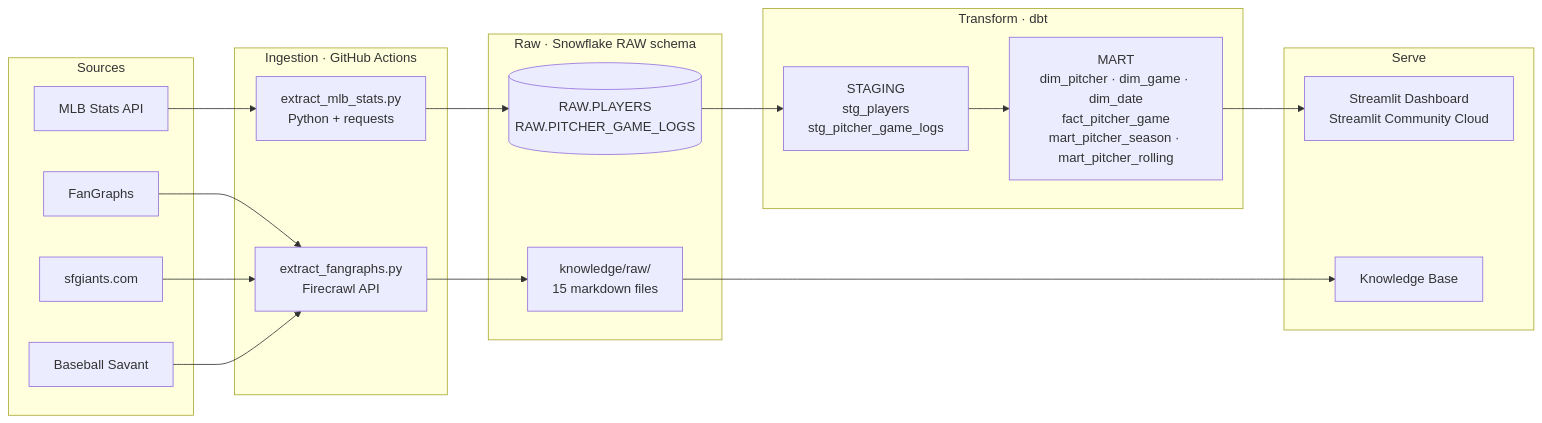
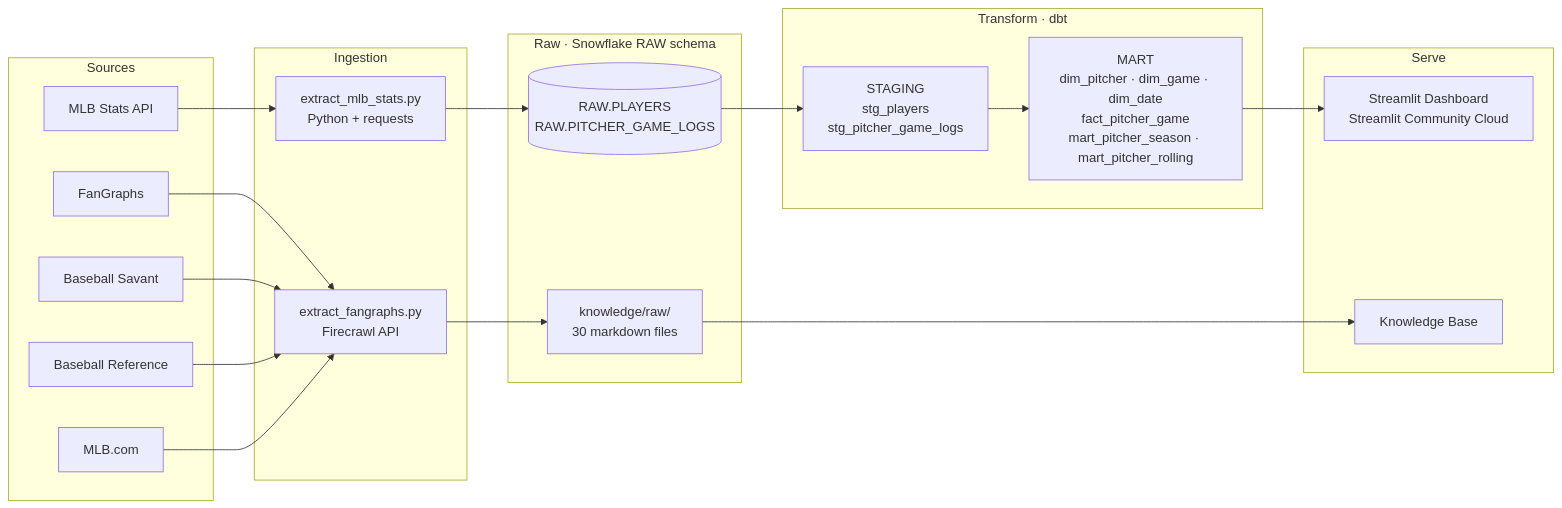
Before and after one commit to emmasprankle/sf-giants-data-analyst: the first of 2 diagrams in README.md, drawn with Mermaid. The commit also changed other lines of this file, not shown here.

````diff
--- a/README.md
+++ b/README.md
@@ -29,38 +28,39 @@
 ```mermaid
 flowchart LR
     subgraph Sources["Sources"]
         A["MLB Stats API"]
         B["FanGraphs"]
-        C["sfgiants.com"]
-        D["Baseball Savant"]
+        C["Baseball Savant"]
+        D["Baseball Reference"]
+        BB["MLB.com"]
     end
 
-    subgraph Ingest["Ingestion · GitHub Actions"]
+    subgraph Ingest["Ingestion"]
         E["extract_mlb_stats.py\nPython + requests"]
         F["extract_fangraphs.py\nFirecrawl API"]
     end
 
     subgraph Raw["Raw · Snowflake RAW schema"]
         G[("RAW.PLAYERS\nRAW.PITCHER_GAME_LOGS")]
-        H["knowledge/raw/\n15 markdown files"]
+        H["knowledge/raw/\n30 markdown files"]
     end
 
     subgraph Transform["Transform · dbt"]
         I["STAGING\nstg_players\nstg_pitcher_game_logs"]
         J["MART\ndim_pitcher · dim_game · dim_date\nfact_pitcher_game\nmart_pitcher_season · mart_pitcher_rolling"]
     end
 
     subgraph Serve["Serve"]
         K["Streamlit Dashboard\nStreamlit Community Cloud"]
         L["Knowledge Base"]
     end
 
     A --> E
-    B & C & D --> F
+    B & C & D & BB --> F
     E --> G
     F --> H
     G --> I
     I --> J
     J --> K
     H --> L
 ```
````
